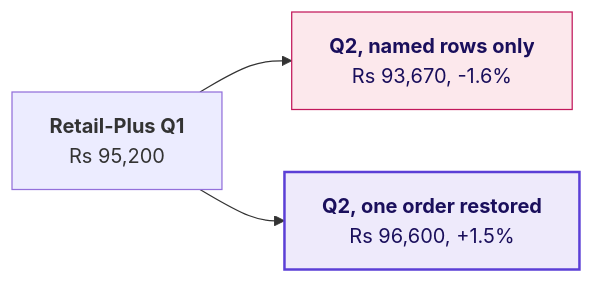
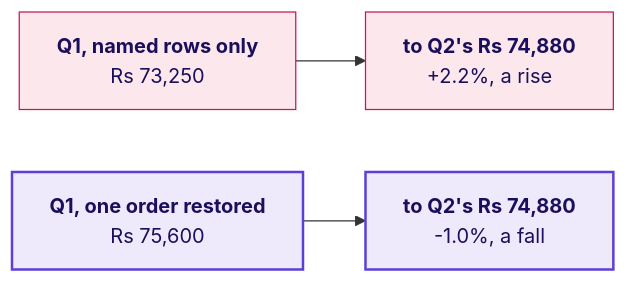
The sixth of 9 diagrams in content/W01/D5/slides/C2_W01_D05_debrief_STUDENT.md (fde-academy-lab/c2-content-factory), drawn with Mermaid before and after one commit. The commit also changed other lines of this file and 1 other file, not shown here.

````diff
--- a/content/W01/D5/slides/C2_W01_D05_debrief_STUDENT.md
+++ b/content/W01/D5/slides/C2_W01_D05_debrief_STUDENT.md
@@ -386,9 +403,9 @@
 ```mermaid
 flowchart LR
-    Q["<b>Retail-Plus Q1</b><br/>Rs 95,200"] --> N["<b>Q2, named rows only</b><br/>Rs 93,670, -1.6%"]
-    Q --> S["<b>Q2, one order restored</b><br/>Rs 96,600, +1.5%"]
+    N["<b>Q1, named rows only</b><br/>Rs 73,250"] --> R1["<b>to Q2's Rs 74,880</b><br/>+2.2%, a rise"]
+    S["<b>Q1, one order restored</b><br/>Rs 75,600"] --> R2["<b>to Q2's Rs 74,880</b><br/>-1.0%, a fall"]
     classDef bad fill:#FCE8EC,stroke:#C2185B,color:#1A0F5C
     classDef known fill:#EEEAFB,stroke:#5B3FD6,color:#1A0F5C,stroke-width:2px
-    class N bad
-    class S known
+    class N,R1 bad
+    class S,R2 known
 ```
````
